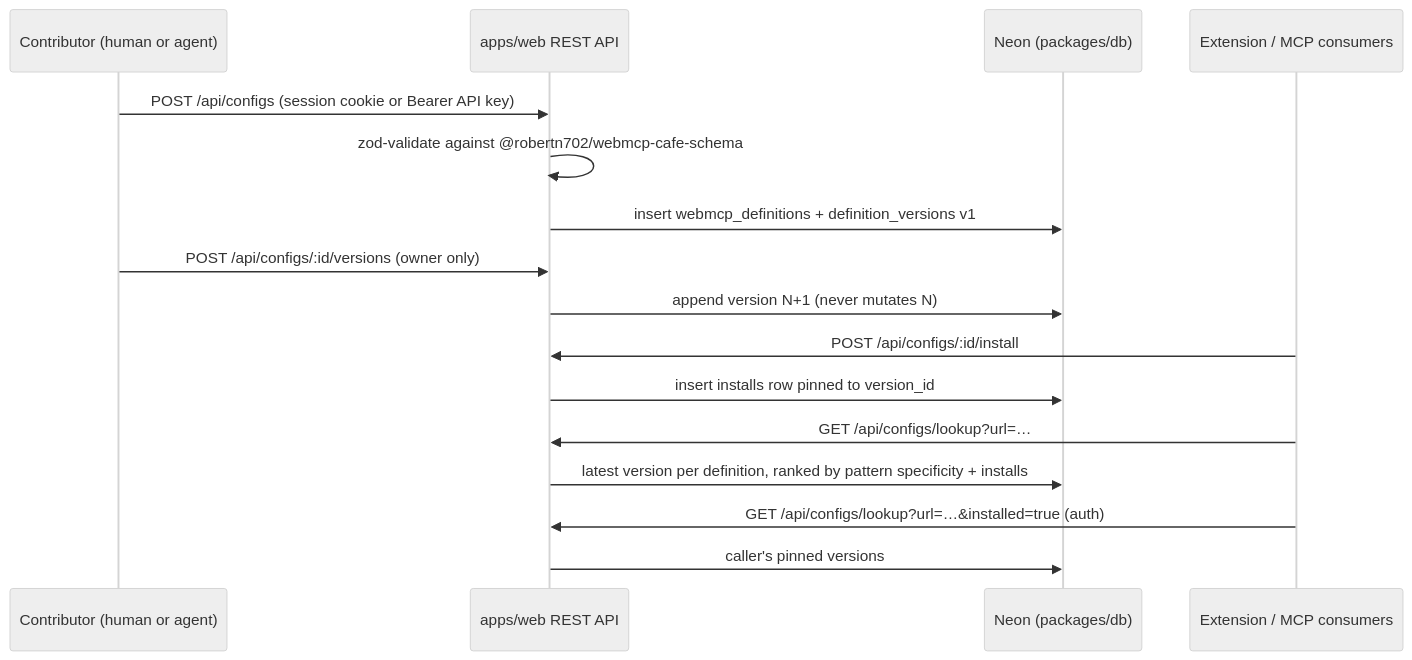
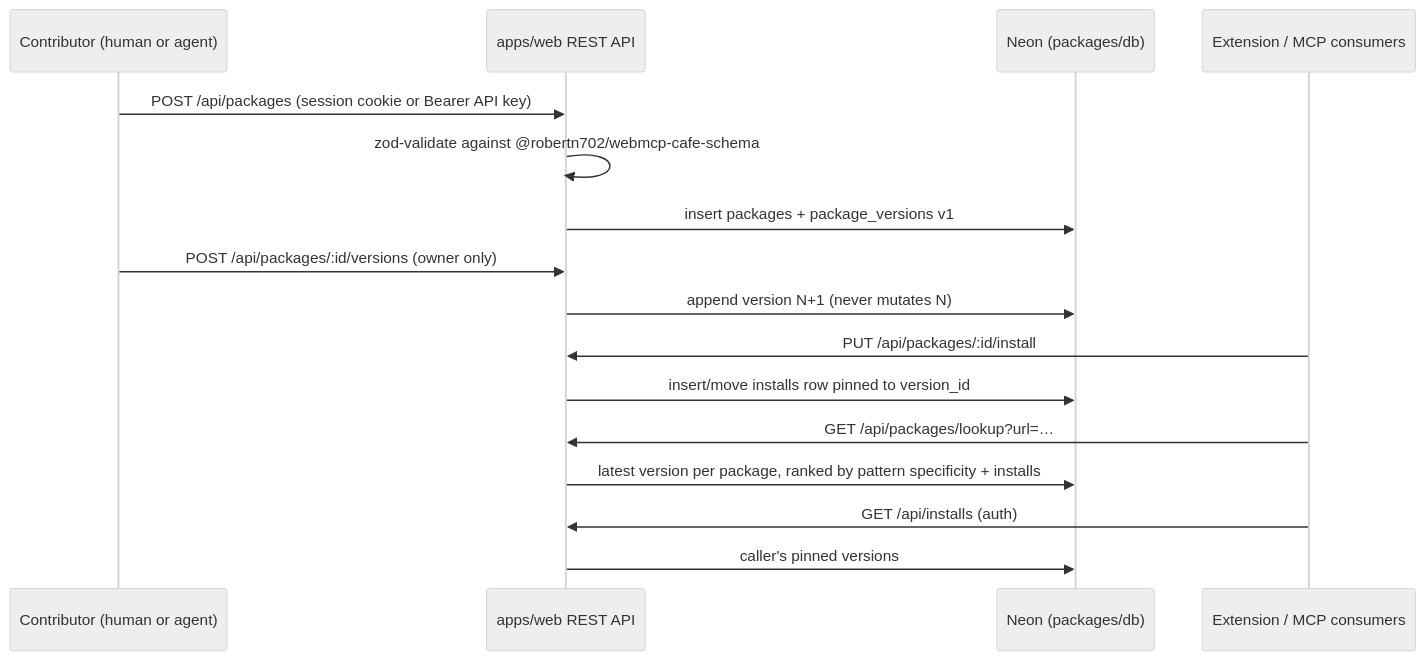
Before and after one commit to robertn702/webmcp-today: the fifth of 5 diagrams in ARCHITECTURE.md, drawn with Mermaid (neutral theme). The commit also changed other lines of this file and 15 other files, not shown here.

````diff
--- a/ARCHITECTURE.md
+++ b/ARCHITECTURE.md
@@ -163,21 +163,21 @@
 ```mermaid
 sequenceDiagram
     participant C as Contributor (human or agent)
     participant W as apps/web REST API
     participant D as Neon (packages/db)
     participant E as Extension / MCP consumers
 
-    C->>W: POST /api/configs (session cookie or Bearer API key)
+    C->>W: POST /api/packages (session cookie or Bearer API key)
     W->>W: zod-validate against @robertn702/webmcp-cafe-schema
-    W->>D: insert webmcp_definitions + definition_versions v1
-    C->>W: POST /api/configs/:id/versions (owner only)
+    W->>D: insert packages + package_versions v1
+    C->>W: POST /api/packages/:id/versions (owner only)
     W->>D: append version N+1 (never mutates N)
 
-    E->>W: POST /api/configs/:id/install
-    W->>D: insert installs row pinned to version_id
+    E->>W: PUT /api/packages/:id/install
+    W->>D: insert/move installs row pinned to version_id
 
-    E->>W: GET /api/configs/lookup?url=…
-    W->>D: latest version per definition, ranked by pattern specificity + installs
-    E->>W: GET /api/configs/lookup?url=…&installed=true (auth)
+    E->>W: GET /api/packages/lookup?url=…
+    W->>D: latest version per package, ranked by pattern specificity + installs
+    E->>W: GET /api/installs (auth)
     W->>D: caller's pinned versions
 ```
````
